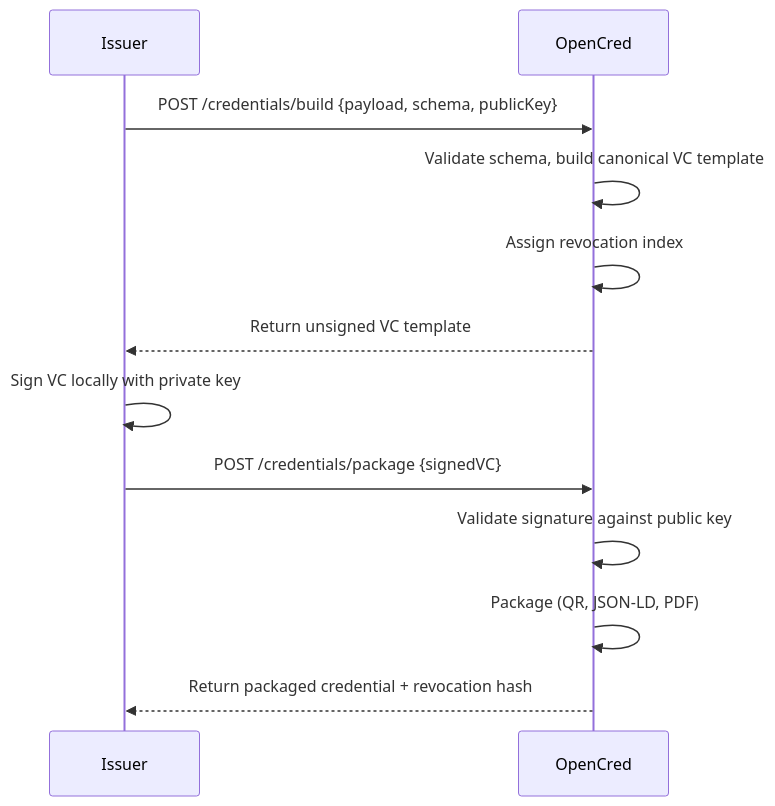
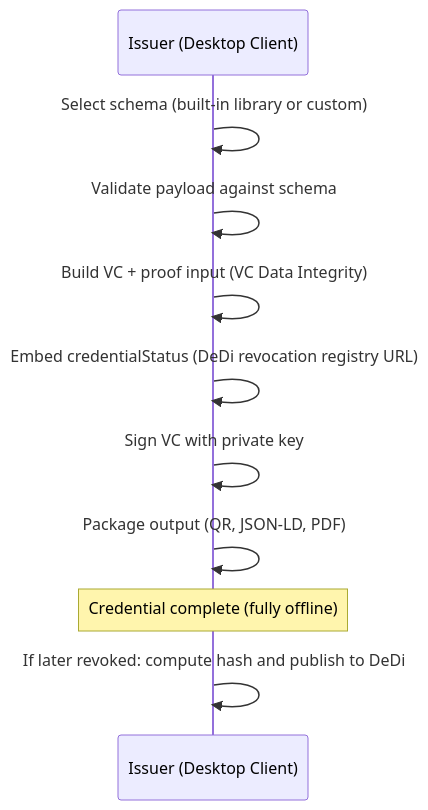
One commit to nfh-trust-labs/opencred changed the first of 7 diagrams in OpenCred_PRD.md. Above: the diagram before and after it, drawn with Mermaid. The commit also changed other lines of this file and 189 other files, not shown here.

````diff
--- a/OpenCred_PRD.md
+++ b/OpenCred_PRD.md
@@ -59,15 +203,13 @@
 ```mermaid
 sequenceDiagram
-    participant Issuer
-    participant OpenCred
+    participant Issuer as Issuer (Desktop Client)
 
-    Issuer->>OpenCred: POST /credentials/build {payload, schema, publicKey}
-    OpenCred->>OpenCred: Validate schema, build canonical VC template
-    OpenCred->>OpenCred: Assign revocation index
-    OpenCred-->>Issuer: Return unsigned VC template
-    Issuer->>Issuer: Sign VC locally with private key
-    Issuer->>OpenCred: POST /credentials/package {signedVC}
-    OpenCred->>OpenCred: Validate signature against public key
-    OpenCred->>OpenCred: Package (QR, JSON-LD, PDF)
-    OpenCred-->>Issuer: Return packaged credential + revocation hash
+    Issuer->>Issuer: Select schema (built-in library or custom)
+    Issuer->>Issuer: Validate payload against schema
+    Issuer->>Issuer: Build VC + proof input (VC Data Integrity)
+    Issuer->>Issuer: Embed credentialStatus (DeDi revocation registry URL)
+    Issuer->>Issuer: Sign VC with private key
+    Issuer->>Issuer: Package output (QR, JSON-LD, PDF)
+    Note over Issuer: Credential complete (fully offline)
+    Issuer->>Issuer: If later revoked: compute hash and publish to DeDi
 ```
````
